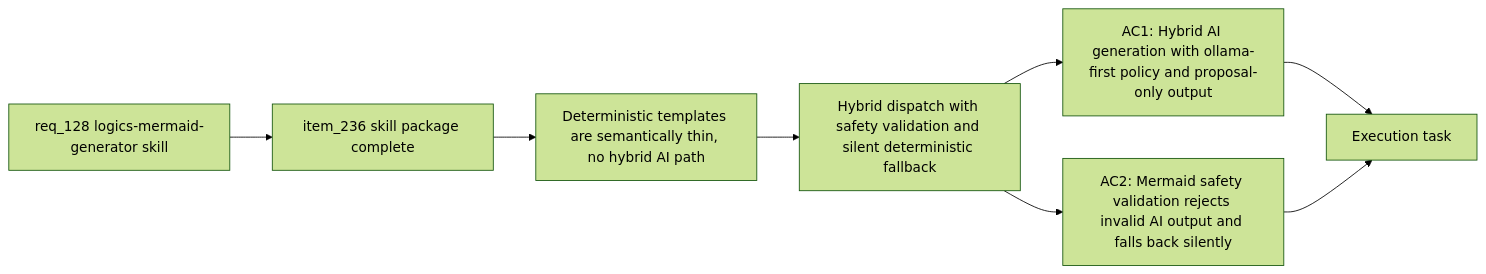
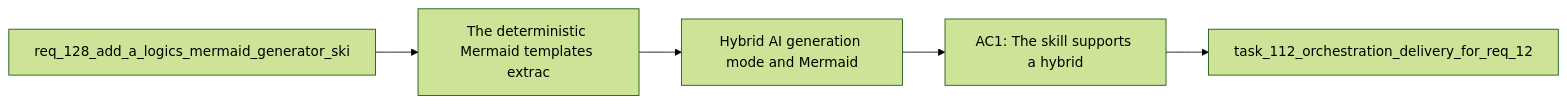
The diagram in logics/backlog/item_237_hybrid_ai_generation_mode_and_mermaid_safety_validation_in_mermaid_generator_skill.md (AlexAgo83/logics-manager), drawn with Mermaid (forest theme) before and after one commit. The commit also changed other lines of this file and 481 other files, not shown here.

````diff
--- a/logics/backlog/item_237_hybrid_ai_generation_mode_and_mermaid_safety_validation_in_mermaid_generator_skill.md
+++ b/logics/backlog/item_237_hybrid_ai_generation_mode_and_mermaid_safety_validation_in_mermaid_generator_skill.md
@@ -24,12 +24,9 @@
 ```mermaid
 %% logics-kind: backlog
 %% logics-signature: backlog|hybrid-ai-generation-mode-and-mermaid-sa|req-128-add-a-logics-mermaid-generator-s|the-deterministic-mermaid-templates-extr|ac1-the-skill-supports-a-hybrid
 flowchart LR
-    Request[req_128 logics-mermaid-generator skill] --> Prerequisite[item_236 skill package complete]
-    Prerequisite --> Problem[Deterministic templates are semantically thin, no hybrid AI path]
-    Problem --> Scope[Hybrid dispatch with safety validation and silent deterministic fallback]
-    Scope --> AC1[AC1: Hybrid AI generation with ollama-first policy and proposal-only output]
-    Scope --> AC2[AC2: Mermaid safety validation rejects invalid AI output and falls back silently]
-    AC1 --> Tasks[Execution task]
-    AC2 --> Tasks
+    Request[req_128_add_a_logics_mermaid_generator_ski] --> Problem[The deterministic Mermaid templates extrac]
+    Problem --> Scope[Hybrid AI generation mode and Mermaid]
+    Scope --> Acceptance[AC1: The skill supports a hybrid]
+    Acceptance --> Tasks[task_112_orchestration_delivery_for_req_12]
 ```
````
